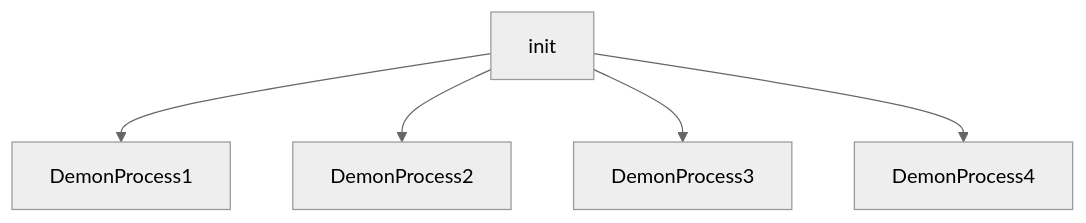
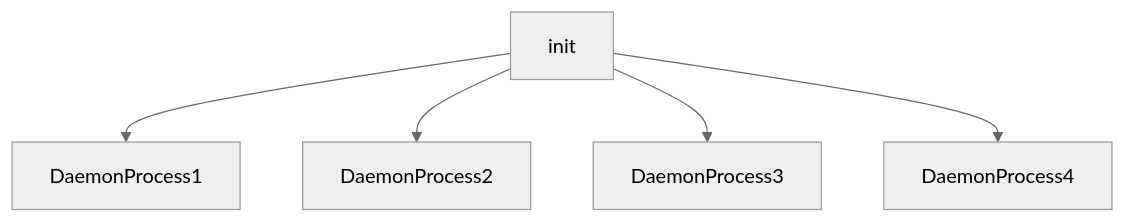
Before and after one commit to virtual-tech-school/virtual-tech-notes: the second of 4 diagrams in linux-masterclass/05-processes/README.md, drawn with Mermaid (neutral theme). The commit also changed other lines of this file and 7 other files, not shown here.

````diff
--- a/linux-masterclass/05-processes/README.md
+++ b/linux-masterclass/05-processes/README.md
@@ -33,7 +33,7 @@
 ```mermaid
 graph TD;
-    init-->DemonProcess1;
-    init-->DemonProcess2;
-    init-->DemonProcess3;
-    init-->DemonProcess4;
+    init-->DaemonProcess1;
+    init-->DaemonProcess2;
+    init-->DaemonProcess3;
+    init-->DaemonProcess4;
 ```
````
